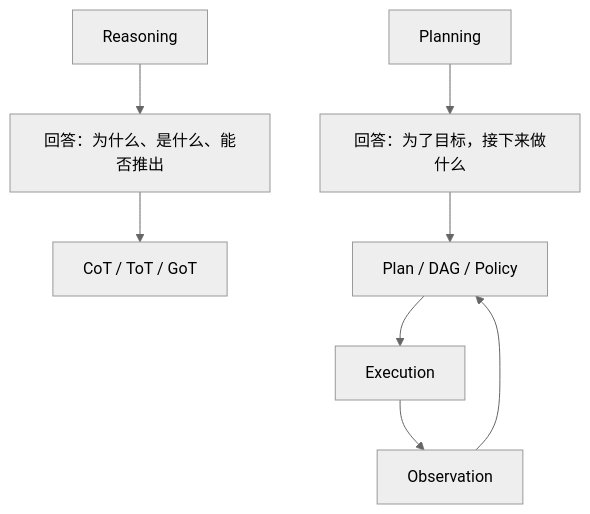
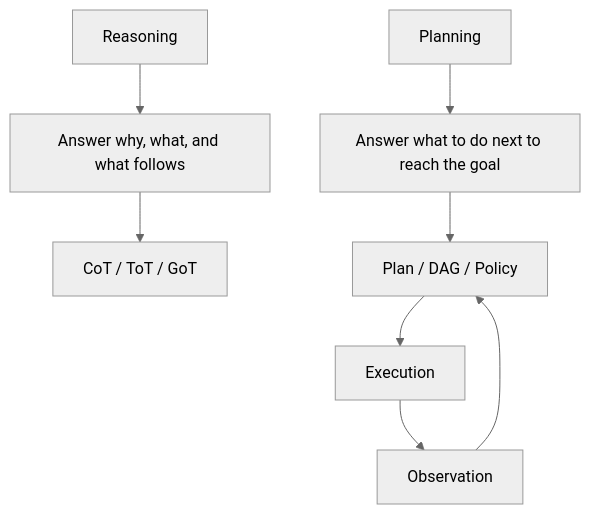
The first of 17 diagrams in docs/agent/02-reasoning-planning/11-llm-agent-planning.md (oneleaveknowsthefall/awesome-ai-roadmap), drawn with Mermaid (neutral theme) before and after one commit. The commit also changed other lines of this file and 68 other files, not shown here.

````diff
--- a/docs/agent/02-reasoning-planning/11-llm-agent-planning.md
+++ b/docs/agent/02-reasoning-planning/11-llm-agent-planning.md
@@ -24,11 +24,11 @@
 ```mermaid
 flowchart TB
-    R[Reasoning] --> Q[回答：为什么、是什么、能否推出]
-    P[Planning] --> A[回答：为了目标，接下来做什么]
+    R[Reasoning] --> Q[Answer why, what, and what follows]
+    P[Planning] --> A[Answer what to do next to reach the goal]
 
     Q --> COT[CoT / ToT / GoT]
     A --> PLAN[Plan / DAG / Policy]
     PLAN --> EXEC[Execution]
     EXEC --> OBS[Observation]
     OBS --> PLAN
 ```
````
